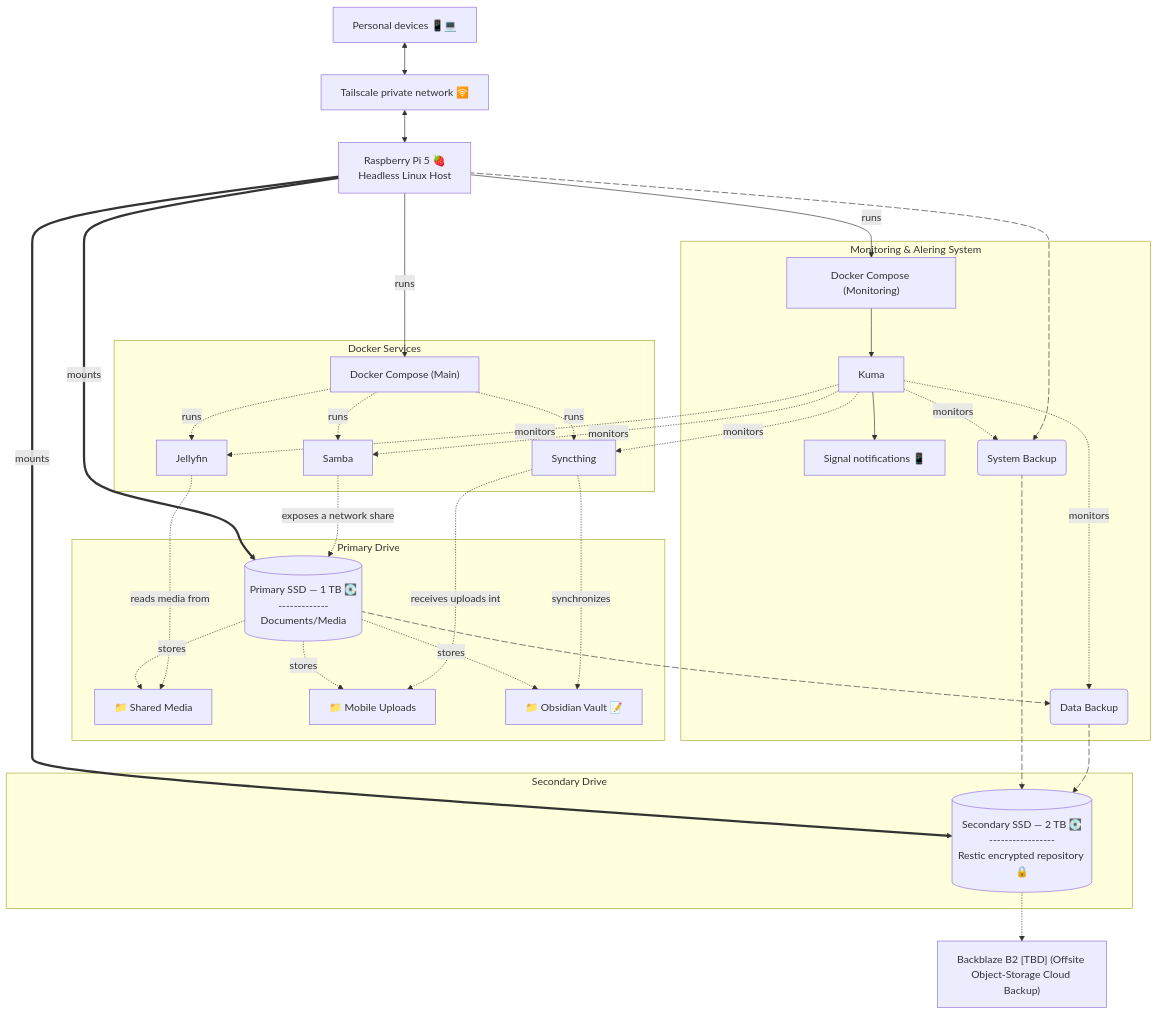
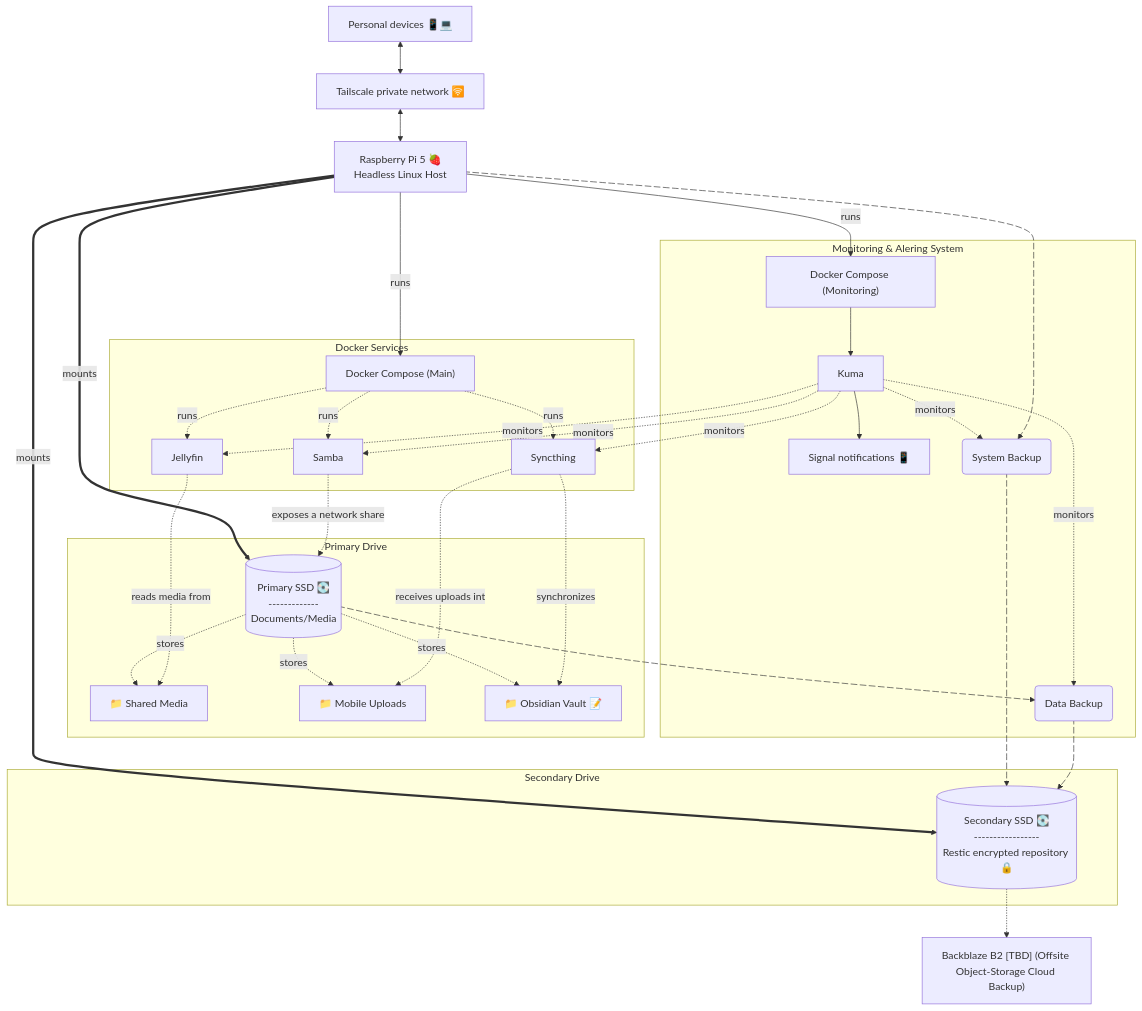
Before and after one commit to QuantumZenoSix/home-lab: the diagram in README.md, drawn with Mermaid.

Commit message:
Update README formatting for SSD descriptions

```diff
--- a/README.md
+++ b/README.md
@@ -53,7 +53,7 @@
     %% PRIMARY DRIVE 
     subgraph Primary Drive
         %%PrimarySSD@{shape: lin-cyl, label: "Primary SSD — 1 TB 💽\n-----------------------------\n- Obsidian Vault\n- MobileUploads\n- Documents/Media"}
-        PrimarySSD[(Primary SSD — 1 TB 💽\n-------------\nDocuments/Media)]
+        PrimarySSD[(Primary SSD 💽\n-------------\nDocuments/Media)]
         SharedMedia["📁 Shared Media"]
         MobileUploads["📁 Mobile Uploads"]
         ObsidianVault["📁 Obsidian Vault 📝"]
@@ -65,7 +65,7 @@
 
 
     subgraph Secondary Drive
-        SecondarySSD[(Secondary SSD — 2 TB 💽\n-----------------\nRestic encrypted repository 🔒)]
+        SecondarySSD[(Secondary SSD 💽\n-----------------\nRestic encrypted repository 🔒)]
     end
 
     %% DOCKER SERVICES   
```
